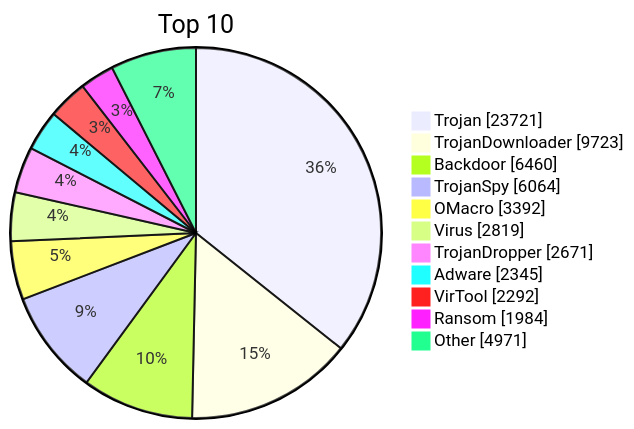
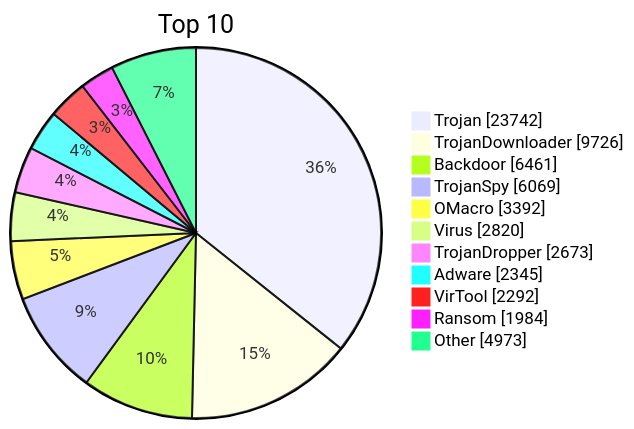
Before and after one commit to JerryLinLinLin/huorong-virdb-changelog: the diagram in README.md, drawn with Mermaid. The commit also changed other lines of this file and 7 other files, not shown here.

````diff
--- a/README.md
+++ b/README.md
@@ -17,15 +17,15 @@
 ```mermaid
 pie showData
     title Top 10
-    "Trojan" : 23721
-    "TrojanDownloader" : 9723
-    "Backdoor" : 6460
-    "TrojanSpy" : 6064
+    "Trojan" : 23742
+    "TrojanDownloader" : 9726
+    "Backdoor" : 6461
+    "TrojanSpy" : 6069
     "OMacro" : 3392
-    "Virus" : 2819
-    "TrojanDropper" : 2671
+    "Virus" : 2820
+    "TrojanDropper" : 2673
     "Adware" : 2345
     "VirTool" : 2292
     "Ransom" : 1984
-    "Other" : 4971
+    "Other" : 4973
 ```
````
